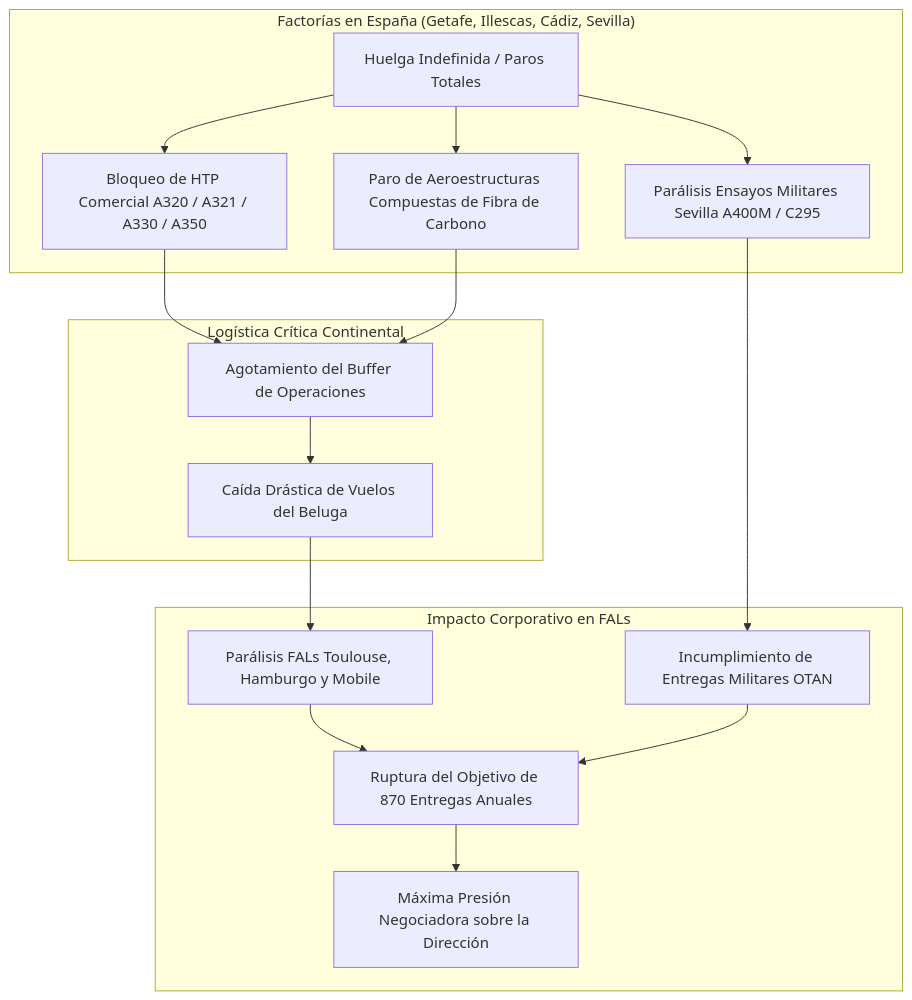
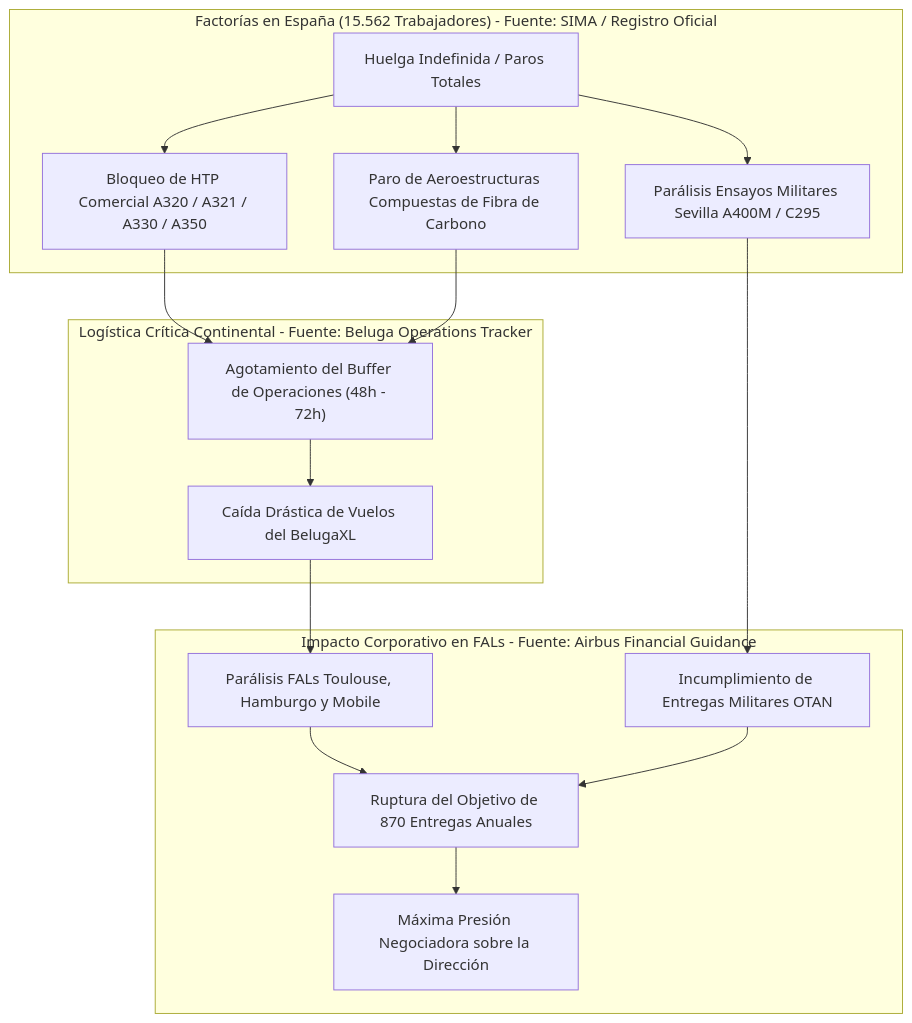
One commit to airbus-labor-analytics/airbus-strikes-analysis changed the first of 4 diagrams in docs/Guia_Estrategica_Negociacion_Huelga_Airbus_2026.md. Above: the diagram before and after it, drawn with Mermaid. The commit also changed other lines of this file and 10 other files, not shown here.

````diff
--- a/docs/Guia_Estrategica_Negociacion_Huelga_Airbus_2026.md
+++ b/docs/Guia_Estrategica_Negociacion_Huelga_Airbus_2026.md
@@ -25,20 +38,20 @@
 ```mermaid
 flowchart TD
-    subgraph España ["Factorías en España (Getafe, Illescas, Cádiz, Sevilla)"]
-        A[Huelga Indefinida / Paros Totales] --> B[Bloqueo de HTP Comercial A320 / A321 / A330 / A350]
-        A --> C[Paro de Aeroestructuras Compuestas de Fibra de Carbono]
-        A --> D[Parálisis Ensayos Militares Sevilla A400M / C295]
+    subgraph España ["Factorías en España (15.562 Trabajadores) - Fuente: SIMA / Registro Oficial"]
+        A["Huelga Indefinida / Paros Totales"] --> B["Bloqueo de HTP Comercial A320 / A321 / A330 / A350"]
+        A --> C["Paro de Aeroestructuras Compuestas de Fibra de Carbono"]
+        A --> D["Parálisis Ensayos Militares Sevilla A400M / C295"]
     end
 
-    subgraph Logistica ["Logística Crítica Continental"]
-        B & C --> E[Agotamiento del Buffer de Operaciones]
-        E --> F[Caída Drástica de Vuelos del Beluga]
+    subgraph Logistica ["Logística Crítica Continental - Fuente: Beluga Operations Tracker"]
+        B & C --> E["Agotamiento del Buffer de Operaciones (48h - 72h)"]
+        E --> F["Caída Drástica de Vuelos del BelugaXL"]
     end
 
-    subgraph Europa ["Impacto Corporativo en FALs"]
-        F --> G[Parálisis FALs Toulouse, Hamburgo y Mobile]
-        D --> H[Incumplimiento de Entregas Militares OTAN]
-        G & H --> I[Ruptura del Objetivo de 870 Entregas Anuales]
-        I --> J[Máxima Presión Negociadora sobre la Dirección]
+    subgraph Europa ["Impacto Corporativo en FALs - Fuente: Airbus Financial Guidance"]
+        F --> G["Parálisis FALs Toulouse, Hamburgo y Mobile"]
+        D --> H["Incumplimiento de Entregas Militares OTAN"]
+        G & H --> I["Ruptura del Objetivo de 870 Entregas Anuales"]
+        I --> J["Máxima Presión Negociadora sobre la Dirección"]
     end
 ```
````
